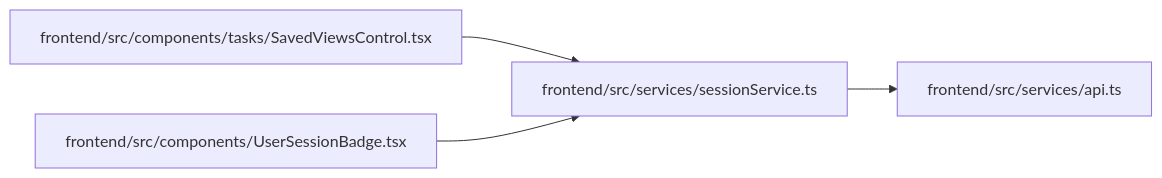
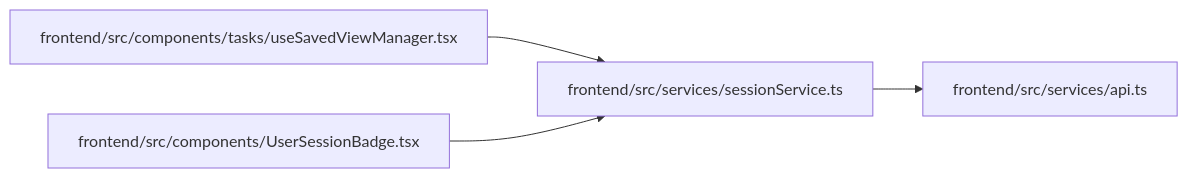
The diagram in docs/llm_wiki/modules/sessionService.md (Denissvgn/WorkChord), drawn with Mermaid before and after one commit. The commit also changed other lines of this file and 2373 other files, not shown here.

````diff
--- a/docs/llm_wiki/modules/sessionService.md
+++ b/docs/llm_wiki/modules/sessionService.md
@@ -27,14 +27,14 @@
 ```mermaid
 flowchart LR
-    n0["frontend/src/components/tasks/SavedViewsControl.tsx"]
+    n0["frontend/src/components/tasks/useSavedViewManager.tsx"]
     n1["frontend/src/components/UserSessionBadge.tsx"]
     n2["frontend/src/services/api.ts"]
     n3["frontend/src/services/sessionService.ts"]
     n0 --> n3
     n1 --> n3
     n3 --> n2
-    click n0 "../modules/SavedViewsControl.md"
+    click n0 "../modules/useSavedViewManager.md"
     click n1 "../modules/UserSessionBadge.md"
     click n2 "../modules/api.md"
     click n3 "../modules/sessionService.md"
 ```
````
